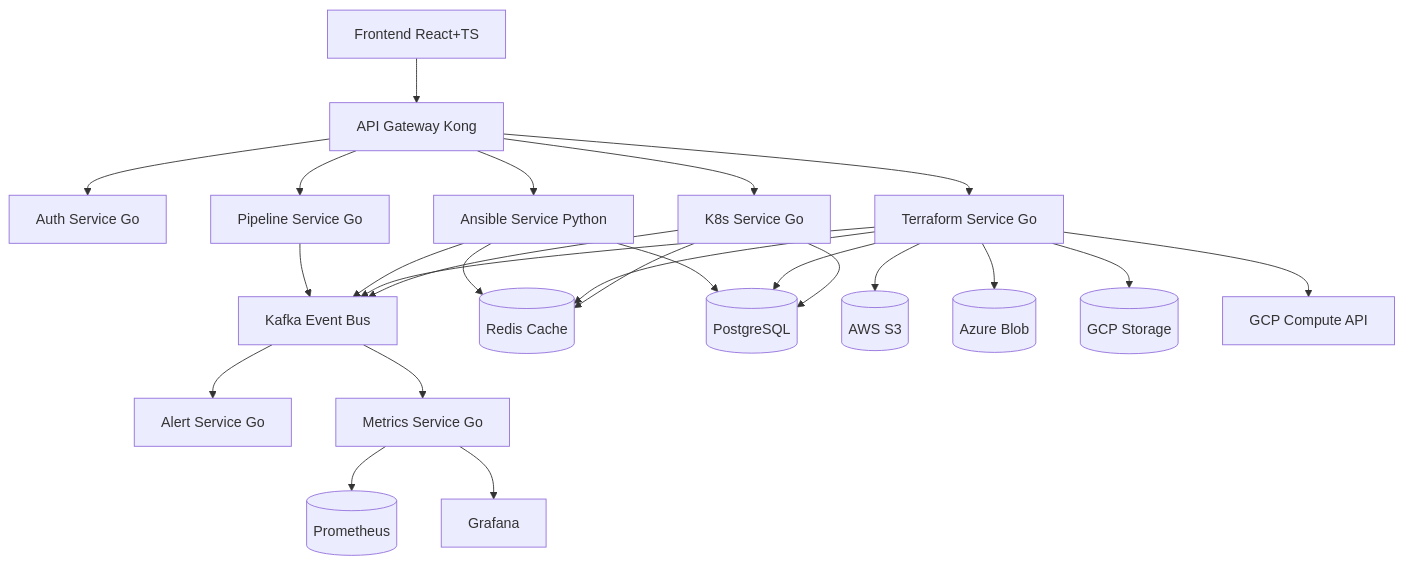
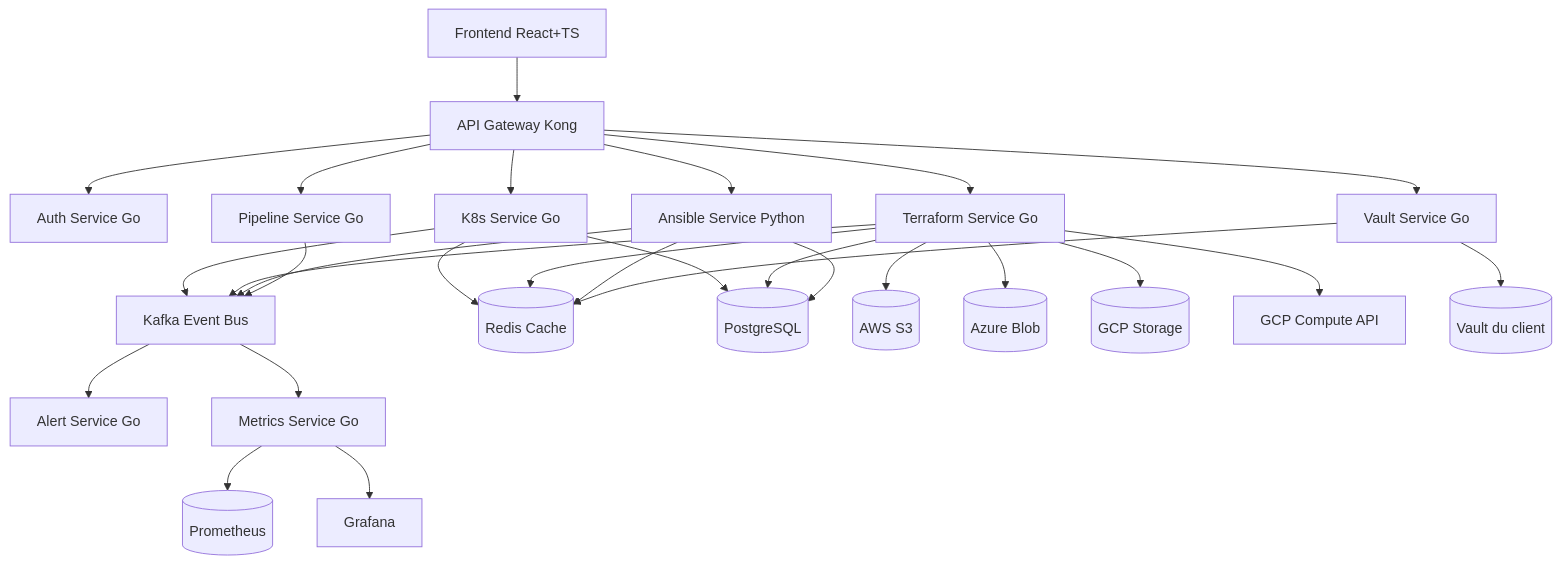
One commit to MPFabio/Kura changed the first of 3 diagrams in docs/architecture.md. Above: the diagram before and after it, drawn with Mermaid. The commit also changed 11 other files, not shown here.

````diff
--- a/docs/architecture.md
+++ b/docs/architecture.md
@@ -56,34 +56,38 @@
 ```mermaid
 graph TB
     Frontend[Frontend React+TS] --> Gateway[API Gateway Kong]
     Gateway --> Auth[Auth Service Go]
     Gateway --> K8s[K8s Service Go]
     Gateway --> Terraform[Terraform Service Go]
     Gateway --> Ansible[Ansible Service Python]
     Gateway --> Pipeline[Pipeline Service Go]
+    Gateway --> Vault[Vault Service Go]
     
     K8s --> Kafka[Kafka Event Bus]
     Terraform --> Kafka
     Ansible --> Kafka
     Pipeline --> Kafka
     
     Kafka --> Alert[Alert Service Go]
     Kafka --> Metrics[Metrics Service Go]
     
     K8s --> Redis[(Redis Cache)]
     Terraform --> Redis
     Ansible --> Redis
+    Vault --> Redis
     
     K8s --> Postgres[(PostgreSQL)]
     Terraform --> Postgres
     Ansible --> Postgres
     
     Terraform --> S3[(AWS S3)]
     Terraform --> Azure[(Azure Blob)]
     Terraform --> GCP[(GCP Storage)]
     
     Terraform --> GCPAPI[GCP Compute API]
     
+    Vault --> ExtVault[(Vault du client)]
+    
     Metrics --> Prometheus[(Prometheus)]
     Metrics --> Grafana[Grafana]
 ```
````
